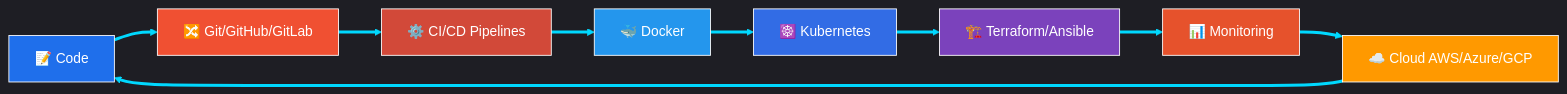
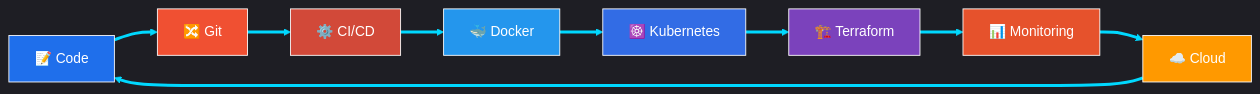
The diagram in README.md (Sahil31312/Sahil31312), drawn with Mermaid before and after one commit. The commit also changed other lines of this file, not shown here.

````diff
--- a/README.md
+++ b/README.md
@@ -104,20 +200,20 @@
 ```mermaid
 %%{init: {'theme':'dark', 'themeVariables': {'primaryColor':'#7B42BC','primaryTextColor':'#fff','lineColor':'#00D9FF'}}}%%
 graph LR
-    A[📝 Code] ==> B[🔀 Git/GitHub/GitLab]
-    B ==> C[⚙️ CI/CD Pipelines]
+    A[📝 Code] ==> B[🔀 Git]
+    B ==> C[⚙️ CI/CD]
     C ==> D[🐳 Docker]
     D ==> E[☸️ Kubernetes]
-    E ==> F[🏗️ Terraform/Ansible]
+    E ==> F[🏗️ Terraform]
     F ==> G[📊 Monitoring]
-    G ==> H[☁️ Cloud AWS/Azure/GCP]
+    G ==> H[☁️ Cloud]
     H ==> A
     style A fill:#1f6feb,stroke:#fff,color:#fff
     style B fill:#f05032,stroke:#fff,color:#fff
     style C fill:#d24939,stroke:#fff,color:#fff
     style D fill:#2496ed,stroke:#fff,color:#fff
     style E fill:#326ce5,stroke:#fff,color:#fff
     style F fill:#7b42bc,stroke:#fff,color:#fff
     style G fill:#e6522c,stroke:#fff,color:#fff
     style H fill:#ff9900,stroke:#fff,color:#fff
 ```
````
